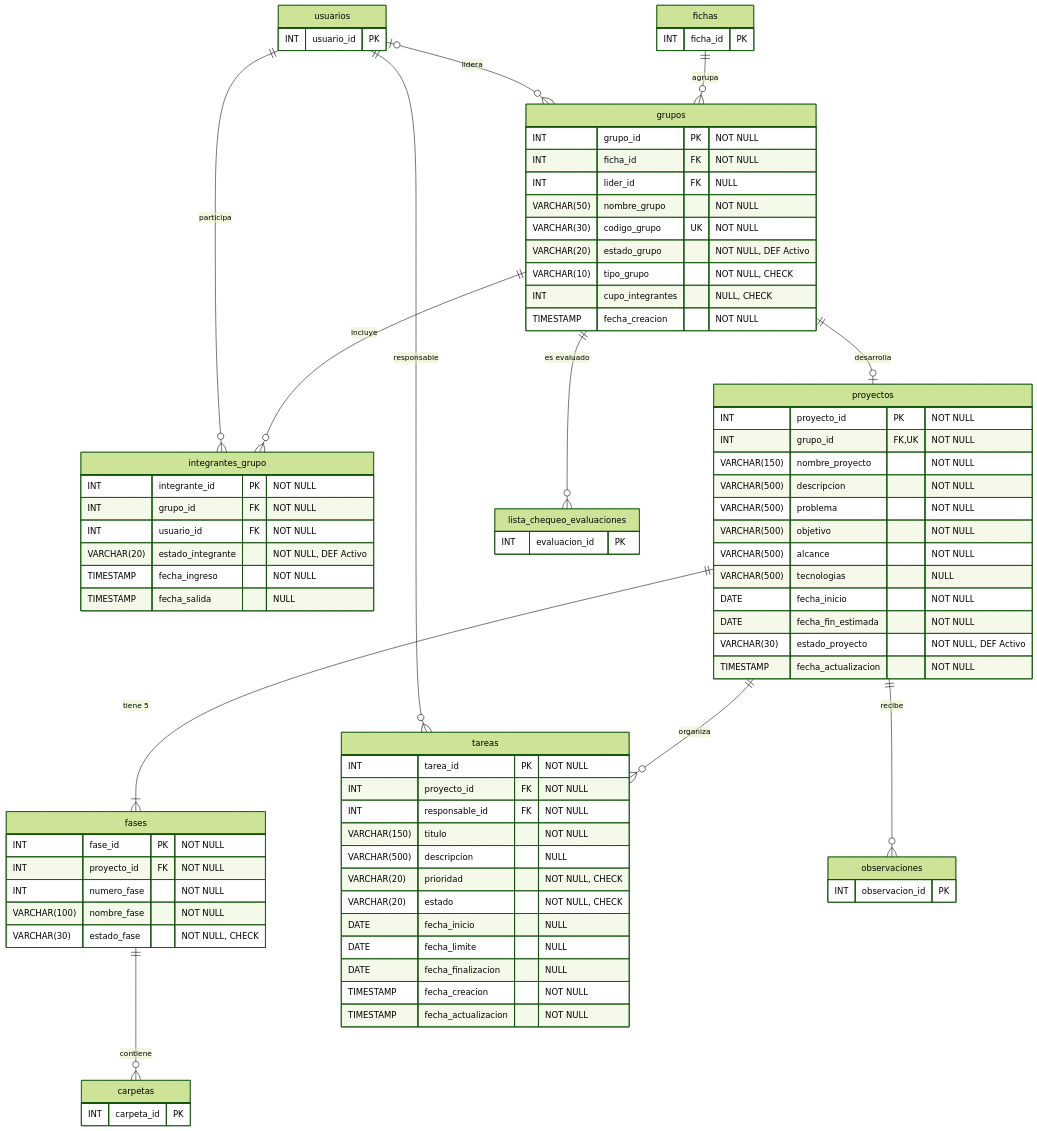
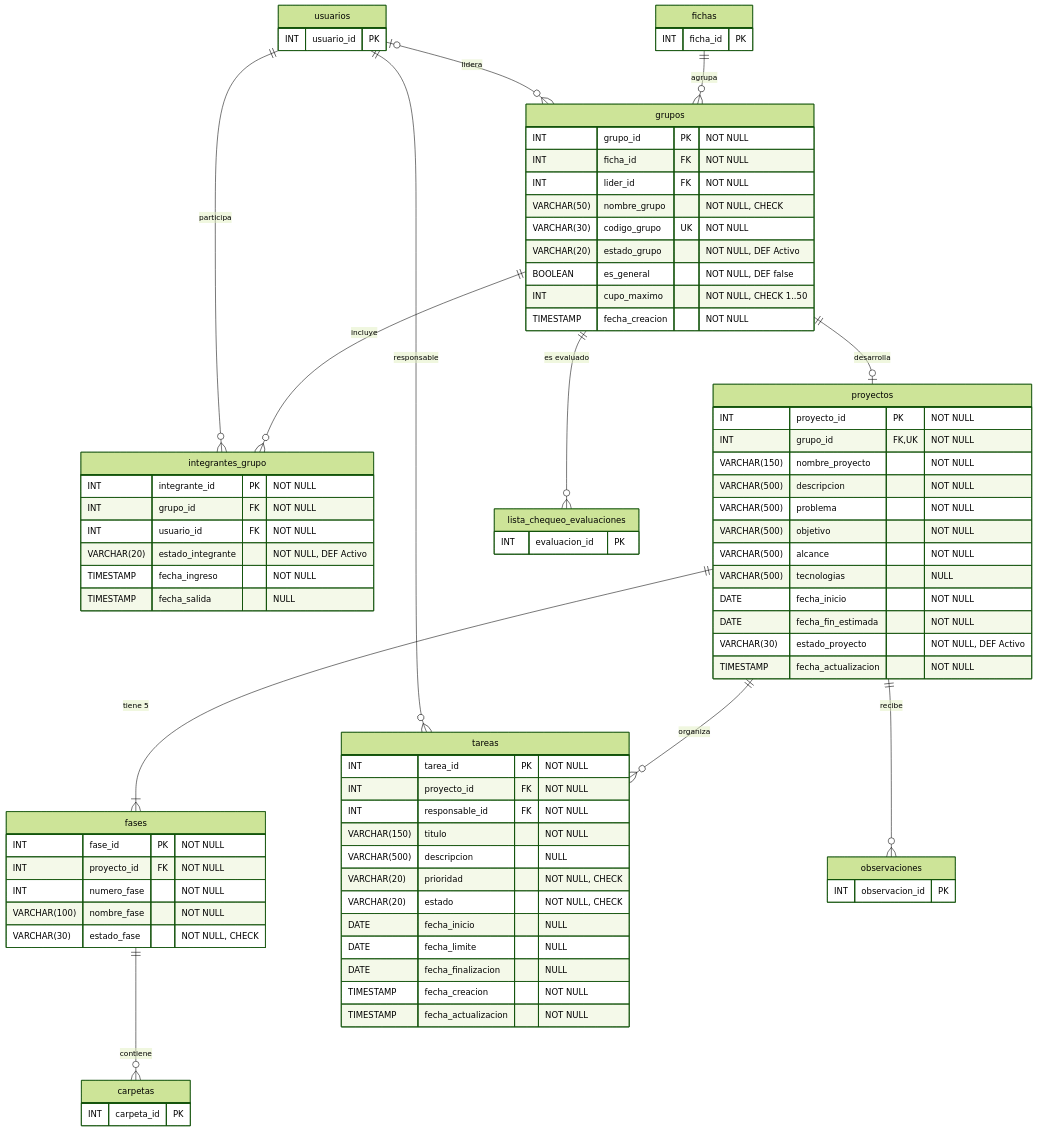
The fourth of 6 diagrams in docs/Diagramas/mer-mr.md (player7842/ZENDA), drawn with Mermaid (forest theme) before and after one commit. The commit also changed other lines of this file and 39 other files, not shown here.

```diff
--- a/docs/Diagramas/mer-mr.md
+++ b/docs/Diagramas/mer-mr.md
@@ -330,12 +330,12 @@
     grupos {
         INT grupo_id PK "NOT NULL"
         INT ficha_id FK "NOT NULL"
-        INT lider_id FK "NULL"
-        VARCHAR(50) nombre_grupo "NOT NULL"
+        INT lider_id FK "NOT NULL"
+        VARCHAR(50) nombre_grupo "NOT NULL, CHECK"
         VARCHAR(30) codigo_grupo UK "NOT NULL"
         VARCHAR(20) estado_grupo "NOT NULL, DEF Activo"
-        VARCHAR(10) tipo_grupo "NOT NULL, CHECK"
-        INT cupo_integrantes "NULL, CHECK"
+        BOOLEAN es_general "NOT NULL, DEF false"
+        INT cupo_maximo "NOT NULL, CHECK 1..50"
         TIMESTAMP fecha_creacion "NOT NULL"
     }
     integrantes_grupo {
```
